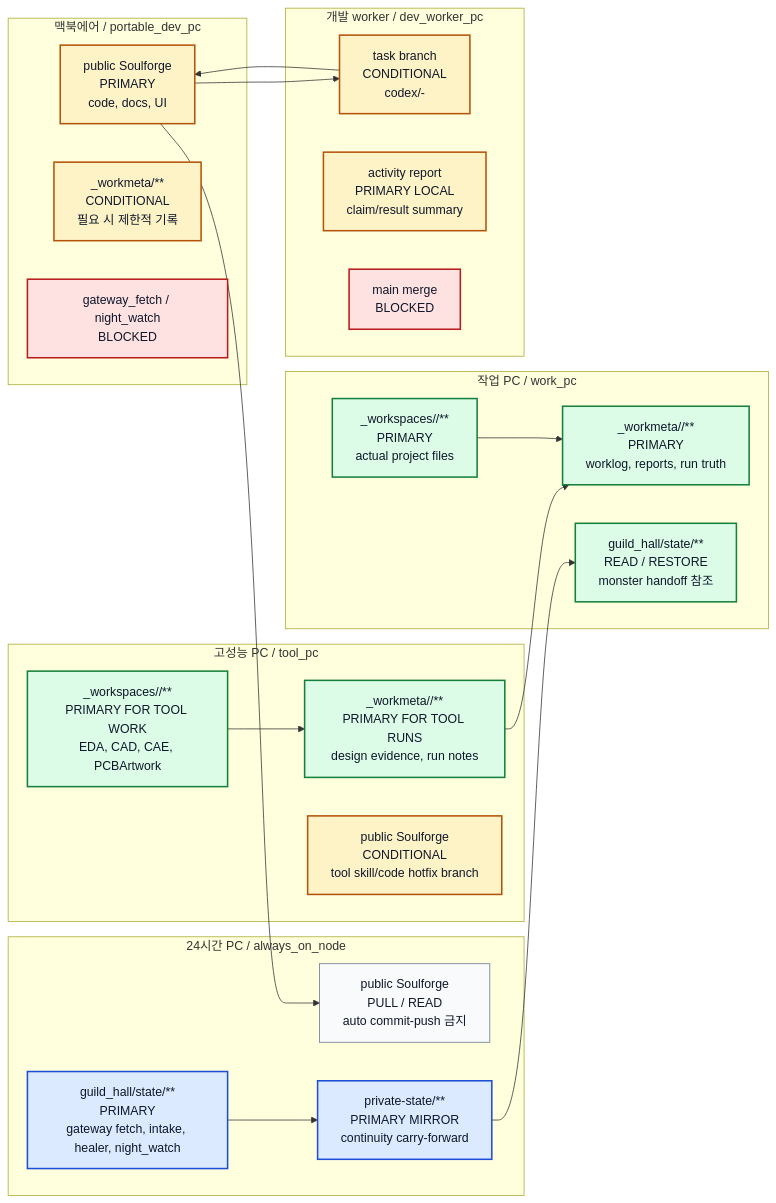
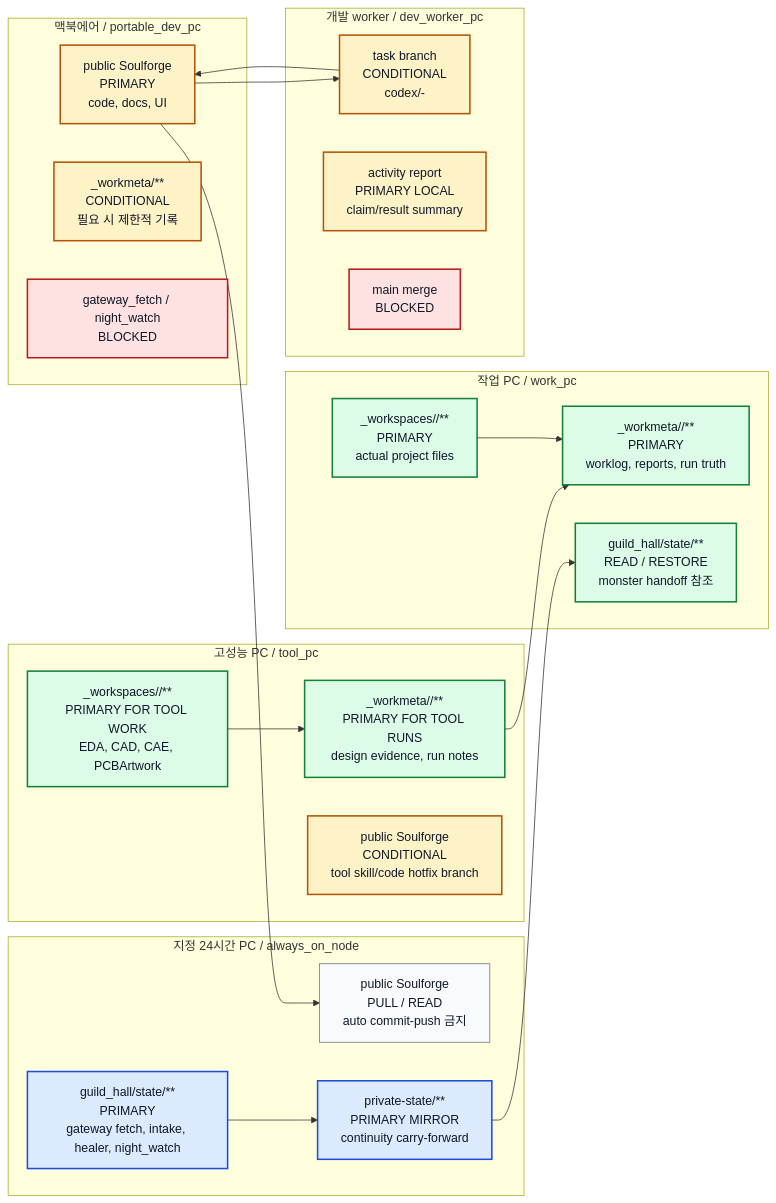
Before and after one commit to SungYongMOON/soulforge: the first of 2 diagrams in docs/architecture/workspace/MULTI_PC_DEVELOPMENT_V0.md, drawn with Mermaid. The commit also changed other lines of this file and 16 other files, not shown here.

````diff
--- a/docs/architecture/workspace/MULTI_PC_DEVELOPMENT_V0.md
+++ b/docs/architecture/workspace/MULTI_PC_DEVELOPMENT_V0.md
@@ -40,57 +40,57 @@
 ```mermaid
 flowchart LR
-  subgraph A["24시간 PC / always_on_node"]
+  subgraph A["지정 24시간 PC / always_on_node"]
     A1["guild_hall/state/**<br/>PRIMARY<br/>gateway fetch, intake, healer, night_watch"]
     A2["private-state/**<br/>PRIMARY MIRROR<br/>continuity carry-forward"]
     A3["public Soulforge<br/>PULL / READ<br/>auto commit-push 금지"]
   end
 
   subgraph W["작업 PC / work_pc"]
     W1["_workspaces/<project_code>/**<br/>PRIMARY<br/>actual project files"]
     W2["_workmeta/<project_code>/**<br/>PRIMARY<br/>worklog, reports, run truth"]
     W3["guild_hall/state/**<br/>READ / RESTORE<br/>monster handoff 참조"]
   end
 
   subgraph T["고성능 PC / tool_pc"]
     T1["_workspaces/<project_code>/**<br/>PRIMARY FOR TOOL WORK<br/>EDA, CAD, CAE, PCBArtwork"]
     T2["_workmeta/<project_code>/**<br/>PRIMARY FOR TOOL RUNS<br/>design evidence, run notes"]
     T3["public Soulforge<br/>CONDITIONAL<br/>tool skill/code hotfix branch"]
   end
 
   subgraph M["맥북에어 / portable_dev_pc"]
     M1["public Soulforge<br/>PRIMARY<br/>code, docs, UI"]
     M2["_workmeta/**<br/>CONDITIONAL<br/>필요 시 제한적 기록"]
     M3["gateway_fetch / night_watch<br/>BLOCKED"]
   end
 
   subgraph D["개발 worker / dev_worker_pc"]
     D1["task branch<br/>CONDITIONAL<br/>codex/<node>-<task>"]
     D2["activity report<br/>PRIMARY LOCAL<br/>claim/result summary"]
     D3["main merge<br/>BLOCKED"]
   end
 
   A1 --> A2
   A2 --> W3
   W1 --> W2
   T1 --> T2
   T2 --> W2
   M1 --> A3
   M1 --> D1
   D1 --> M1
 
   classDef ops fill:#dbeafe,stroke:#1d4ed8,stroke-width:2px,color:#0f172a;
   classDef work fill:#dcfce7,stroke:#15803d,stroke-width:2px,color:#0f172a;
   classDef dev fill:#fef3c7,stroke:#b45309,stroke-width:2px,color:#0f172a;
   classDef blocked fill:#fee2e2,stroke:#b91c1c,stroke-width:2px,color:#0f172a;
   classDef neutral fill:#f8fafc,stroke:#64748b,stroke-width:1px,color:#0f172a;
 
   class A1,A2 ops;
   class W1,W2,W3 work;
   class T1,T2 work;
   class T3 dev;
   class M1,M2 dev;
   class D1,D2 dev;
   class M3 blocked;
   class D3 blocked;
   class A3 neutral;
 ```
````
